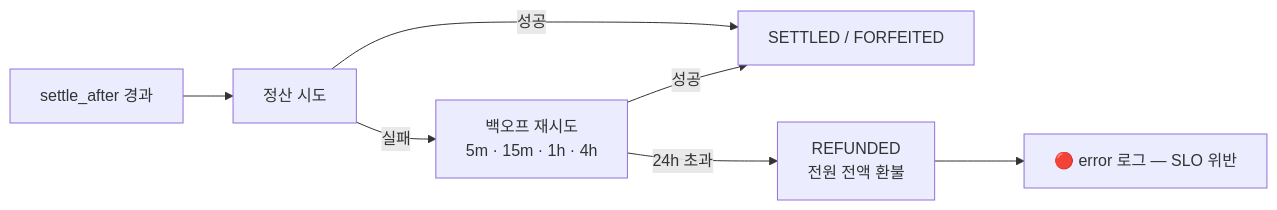
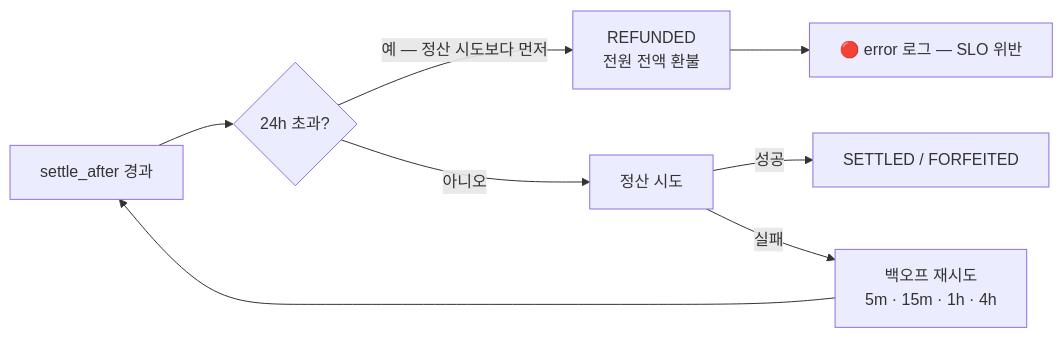
Diagram 13 of 13 in docs/prd/challenge/high-level-design.md (OneOrThree/phone), drawn with Mermaid before and after one commit. The commit also changed other lines of this file and 5 other files, not shown here.

````diff
--- a/docs/prd/challenge/high-level-design.md
+++ b/docs/prd/challenge/high-level-design.md
@@ -587,9 +601,10 @@
 ```mermaid
 flowchart LR
-    A["settle_after 경과"] --> B["정산 시도"]
+    A["settle_after 경과"] --> G{"24h 초과?"}
+    G -->|"예 — 정산 시도보다 먼저"| E["REFUNDED<br/>전원 전액 환불"]
+    G -->|아니오| B["정산 시도"]
     B -->|성공| C["SETTLED / FORFEITED"]
     B -->|실패| D["백오프 재시도<br/>5m · 15m · 1h · 4h"]
-    D -->|성공| C
-    D -->|24h 초과| E["REFUNDED<br/>전원 전액 환불"]
+    D --> A
     E --> F["🔴 error 로그 — SLO 위반"]
 ```
````
